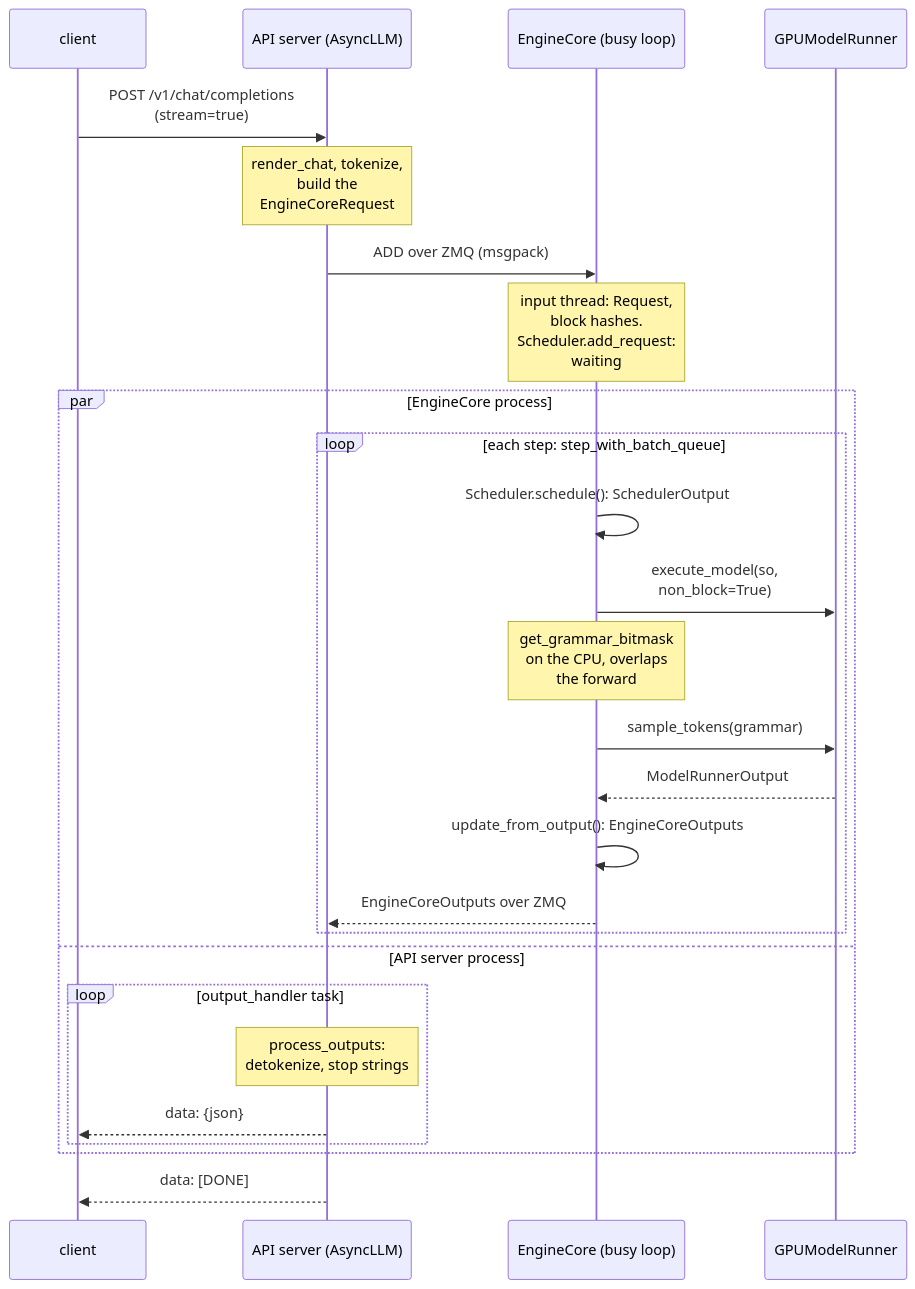
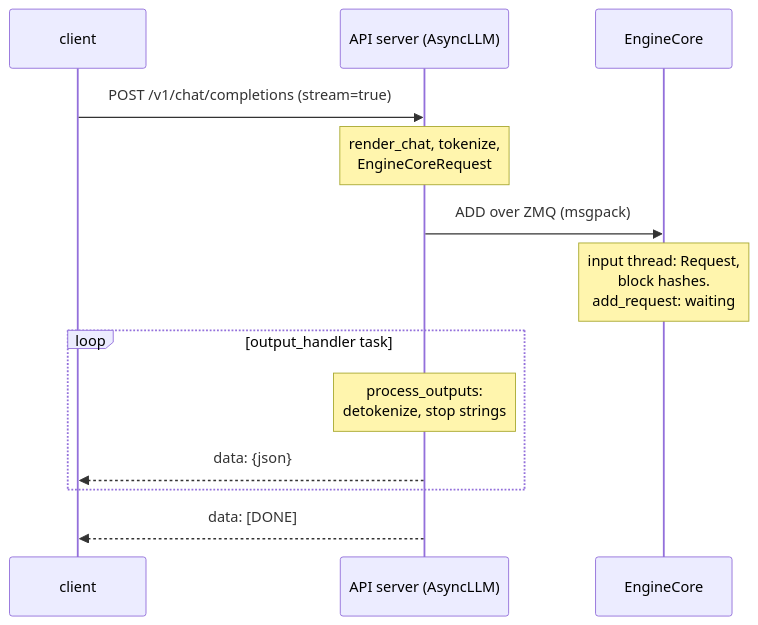
Before and after one commit to aniryou/full-stack-agentic-engineer: the second of 5 diagrams in 04-inference-engine/vllm-internals/vllm-internals-primer.md, drawn with Mermaid. The commit also changed other lines of this file and 49 other files, not shown here.

````diff
--- a/04-inference-engine/vllm-internals/vllm-internals-primer.md
+++ b/04-inference-engine/vllm-internals/vllm-internals-primer.md
@@ -214,28 +215,15 @@
 ```mermaid
 sequenceDiagram
     participant C as client
     participant A as API server (AsyncLLM)
-    participant E as EngineCore (busy loop)
-    participant G as GPUModelRunner
-    C->>A: POST /v1/chat/completions<br/>(stream=true)
-    Note over A: render_chat, tokenize,<br/>build the<br/>EngineCoreRequest
+    participant E as EngineCore
+    C->>A: POST /v1/chat/completions (stream=true)
+    Note over A: render_chat, tokenize,<br/>EngineCoreRequest
     A->>E: ADD over ZMQ (msgpack)
-    Note over E: input thread: Request,<br/>block hashes.<br/>Scheduler.add_request:<br/>waiting
-    par EngineCore process
-        loop each step: step_with_batch_queue
-            E->>E: Scheduler.schedule(): SchedulerOutput
-            E->>G: execute_model(so,<br/>non_block=True)
-            Note over E: get_grammar_bitmask<br/>on the CPU, overlaps<br/>the forward
-            E->>G: sample_tokens(grammar)
-            G-->>E: ModelRunnerOutput
-            E->>E: update_from_output(): EngineCoreOutputs
-            E-->>A: EngineCoreOutputs over ZMQ
-        end
-    and API server process
-        loop output_handler task
-            Note over A: process_outputs:<br/>detokenize, stop strings
-            A-->>C: data: {json}
-        end
+    Note over E: input thread: Request,<br/>block hashes.<br/>add_request: waiting
+    loop output_handler task
+        Note over A: process_outputs:<br/>detokenize, stop strings
+        A-->>C: data: {json}
     end
     A-->>C: data: [DONE]
 ```
````
